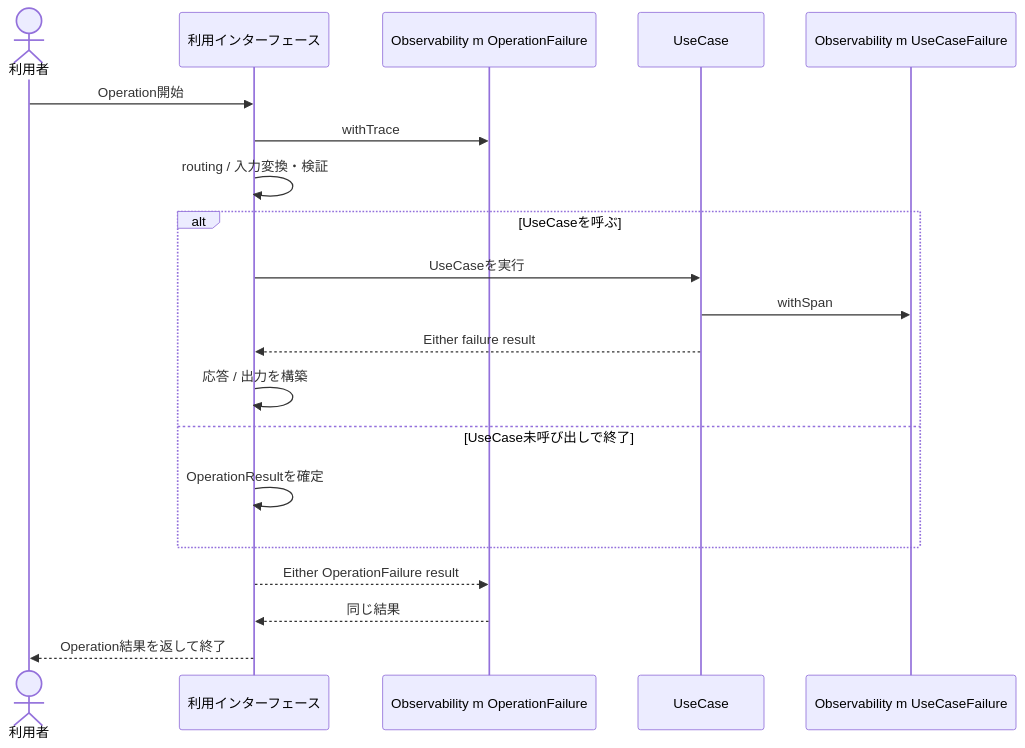
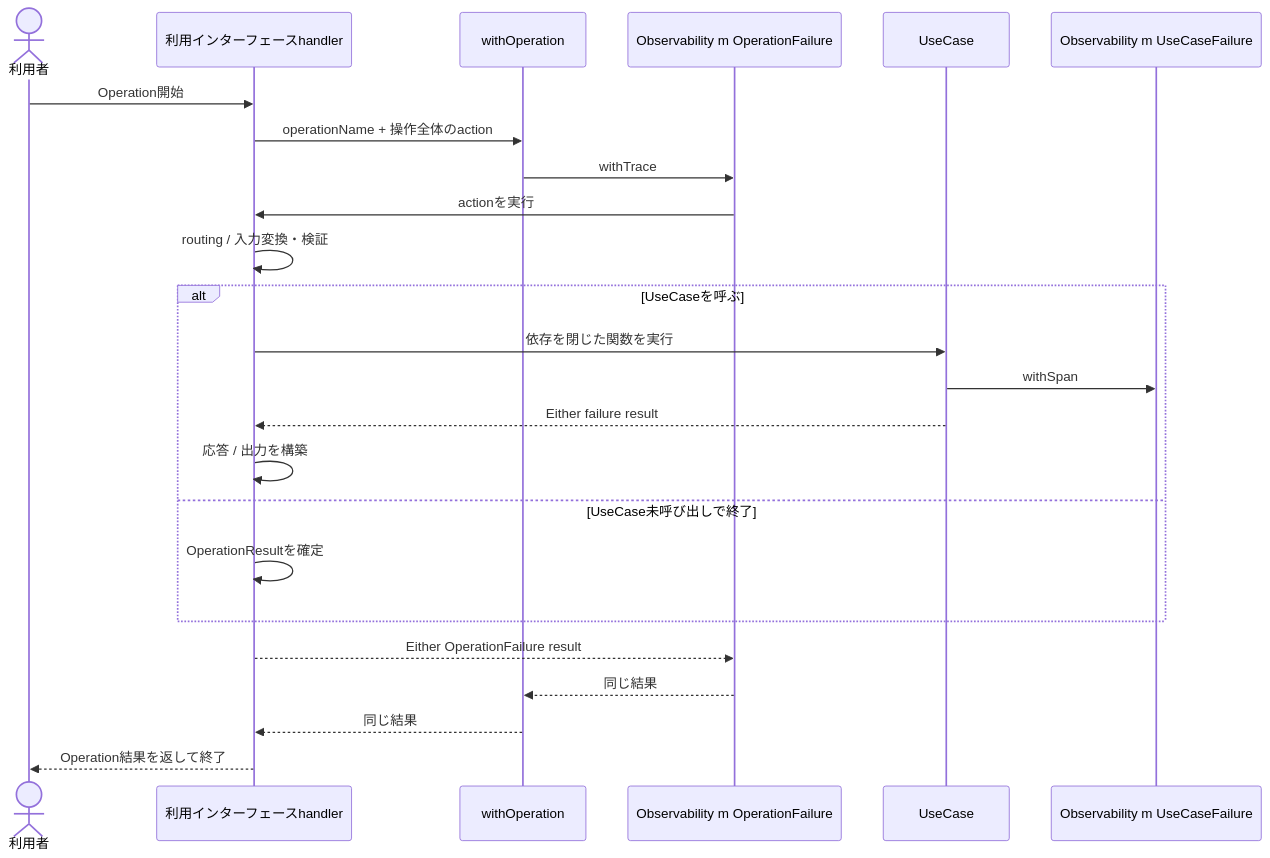
Before and after one commit to takashit16833/Workbench: the first of 3 diagrams in Notes/RAGScope/RAGScopeアプリケーション/実行追跡・構造化ログ概要図.md, drawn with Mermaid. The commit also changed other lines of this file and 5 other files, not shown here.

Commit message:
docs: align operation boundary notes

````diff
--- a/Notes/RAGScope/RAGScopeアプリケーション/実行追跡・構造化ログ概要図.md
+++ b/Notes/RAGScope/RAGScopeアプリケーション/実行追跡・構造化ログ概要図.md
@@ -21,25 +21,29 @@
 ```mermaid
 sequenceDiagram
     actor User as 利用者
-    participant Interface as 利用インターフェース
+    participant Interface as 利用インターフェースhandler
+    participant Boundary as withOperation
     participant OperationObs as Observability m OperationFailure
     participant UseCase
     participant UseCaseObs as Observability m UseCaseFailure
 
     User->>Interface: Operation開始
-    Interface->>OperationObs: withTrace
+    Interface->>Boundary: operationName + 操作全体のaction
+    Boundary->>OperationObs: withTrace
+    OperationObs->>Interface: actionを実行
     Interface->>Interface: routing / 入力変換・検証
 
     alt UseCaseを呼ぶ
-        Interface->>UseCase: UseCaseを実行
+        Interface->>UseCase: 依存を閉じた関数を実行
         UseCase->>UseCaseObs: withSpan
         UseCase-->>Interface: Either failure result
         Interface->>Interface: 応答 / 出力を構築
     else UseCase未呼び出しで終了
         Interface->>Interface: OperationResultを確定
     end
 
     Interface-->>OperationObs: Either OperationFailure result
-    OperationObs-->>Interface: 同じ結果
+    OperationObs-->>Boundary: 同じ結果
+    Boundary-->>Interface: 同じ結果
     Interface-->>User: Operation結果を返して終了
 ```
````
